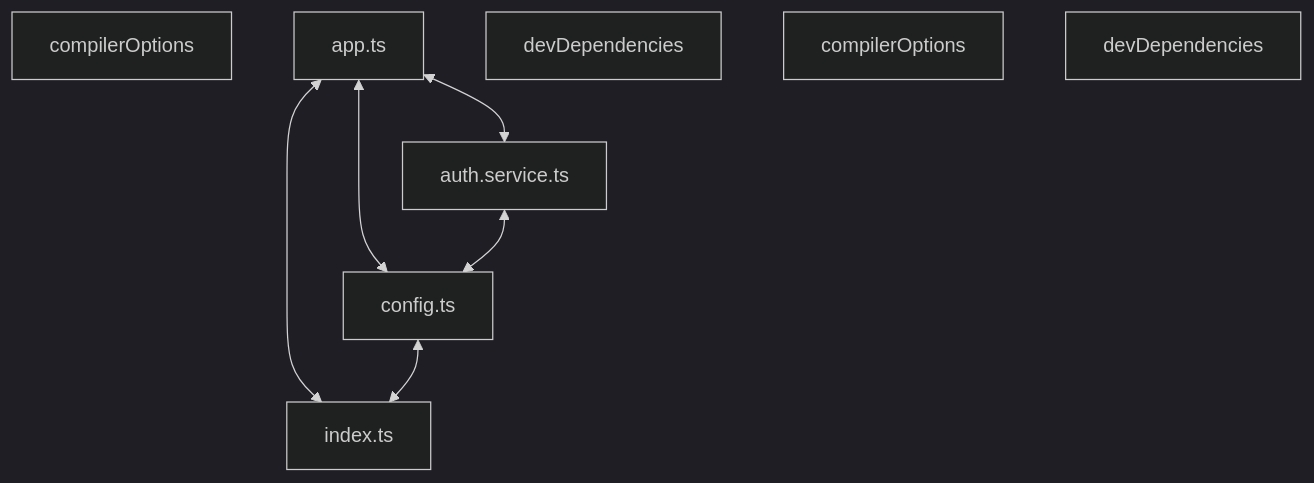
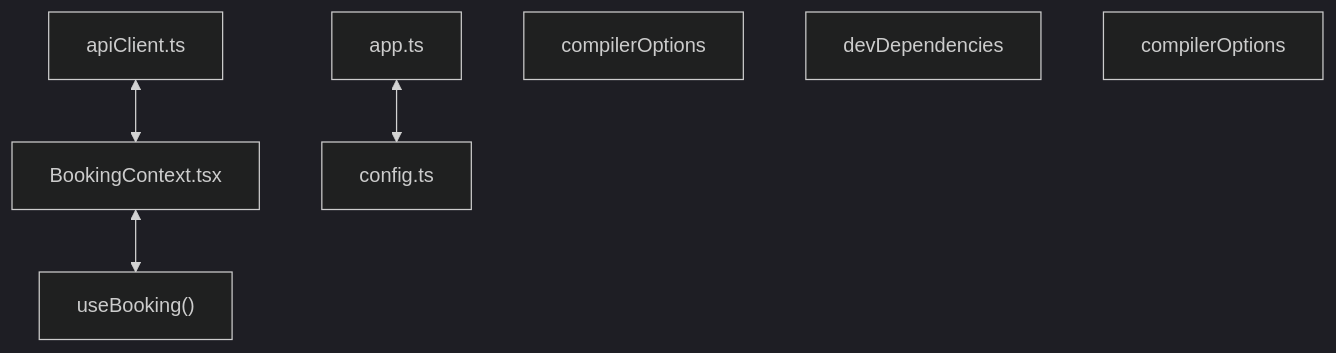
One commit to sel-nexus/bookmyshow-replica-2610090282 changed the diagram in graphify-out/GRAPH_REPORT.md. Above: the diagram before and after it, drawn with Mermaid (dark theme). The commit also changed other lines of this file and 22 other files, not shown here.

Commit message:
test(booking-flow): strengthen contract and journey coverage

````diff
--- a/graphify-out/GRAPH_REPORT.md
+++ b/graphify-out/GRAPH_REPORT.md
@@ -48,16 +49,14 @@
 ```mermaid
 flowchart TD
+    backend_src_app["app.ts"]
+    frontend_lib_apiclient["apiClient.ts"]
+    frontend_state_bookingcontext["BookingContext.tsx"]
+    frontend_state_bookingcontext_usebooking["useBooking()"]
     frontend_tsconfig_compileroptions["compilerOptions"]
-    backend_src_app["app.ts"]
+    backend_src_config["config.ts"]
     backend_package_devdependencies["devDependencies"]
     backend_tsconfig_compileroptions["compilerOptions"]
-    frontend_package_devdependencies["devDependencies"]
-    backend_src_auth_auth_service["auth.service.ts"]
-    backend_src_index["index.ts"]
-    backend_src_config["config.ts"]
-    backend_src_app <--> backend_src_auth_auth_service
     backend_src_app <--> backend_src_config
-    backend_src_app <--> backend_src_index
-    backend_src_auth_auth_service <--> backend_src_config
-    backend_src_config <--> backend_src_index
+    frontend_lib_apiclient <--> frontend_state_bookingcontext
+    frontend_state_bookingcontext <--> frontend_state_bookingcontext_usebooking
 ```
````
